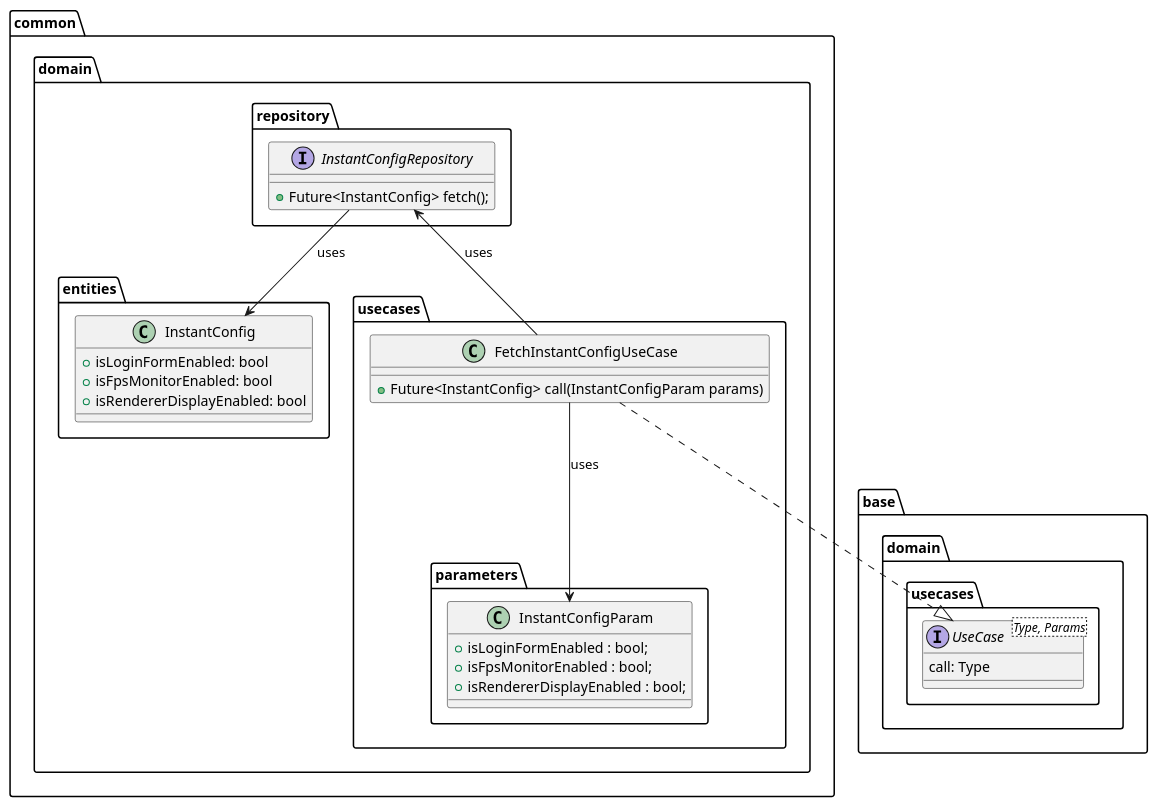
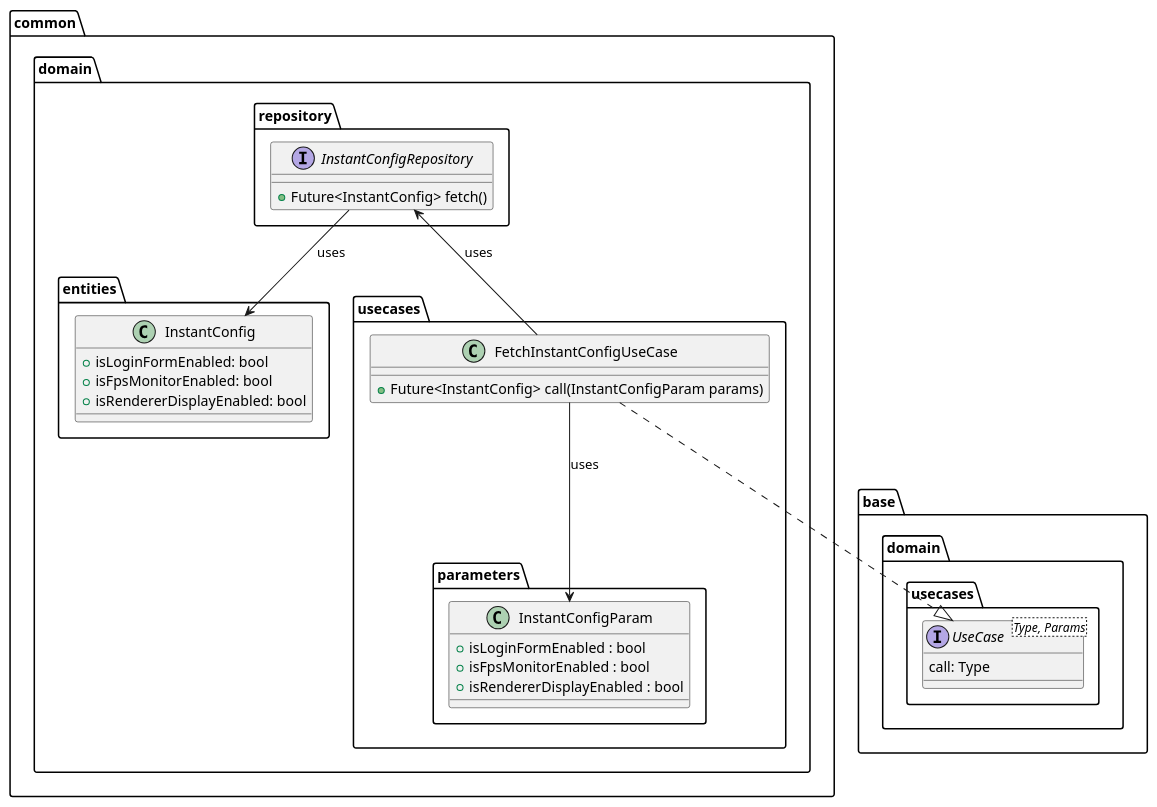
The diagram in metrics/web/docs/features/instant_config/diagrams/instant_config_domain_layer_class_diagram.puml (Flank/flank-dashboard), drawn with PlantUML before and after one commit. The commit also changed 1 other file, not shown here.

Commit message:
update diagrams

```diff
--- a/metrics/web/docs/features/instant_config/diagrams/instant_config_domain_layer_class_diagram.puml
+++ b/metrics/web/docs/features/instant_config/diagrams/instant_config_domain_layer_class_diagram.puml
@@ -1,48 +1,48 @@
 @startuml instant_config_domain_layer_class_diagram.puml
 
 package base.domain.usecases {
     interface UseCase<Type, Params> {
         call: Type
     }
 }
 
 package common.domain {
     package repository {
         interface InstantConfigRepository {
-            + Future<InstantConfig> fetch();
+            + Future<InstantConfig> fetch()
         }
     }
 
     package entities {
         class InstantConfig {
             + isLoginFormEnabled: bool
             + isFpsMonitorEnabled: bool
             + isRendererDisplayEnabled: bool
         }
     }
 
     package usecases {
         class FetchInstantConfigUseCase {
             + Future<InstantConfig> call(InstantConfigParam params)
         }
 
         package parameters {
             class InstantConfigParam {
-                + isLoginFormEnabled : bool;
-                + isFpsMonitorEnabled : bool;
-                + isRendererDisplayEnabled : bool;
+                + isLoginFormEnabled : bool
+                + isFpsMonitorEnabled : bool
+                + isRendererDisplayEnabled : bool
             }
         }
 
     }
 }
 
 FetchInstantConfigUseCase ..|> UseCase
 
 FetchInstantConfigUseCase -up-> InstantConfigRepository : uses
 
 InstantConfigRepository --> InstantConfig: uses
 
 FetchInstantConfigUseCase --> InstantConfigParam : uses
 
 @enduml
```
